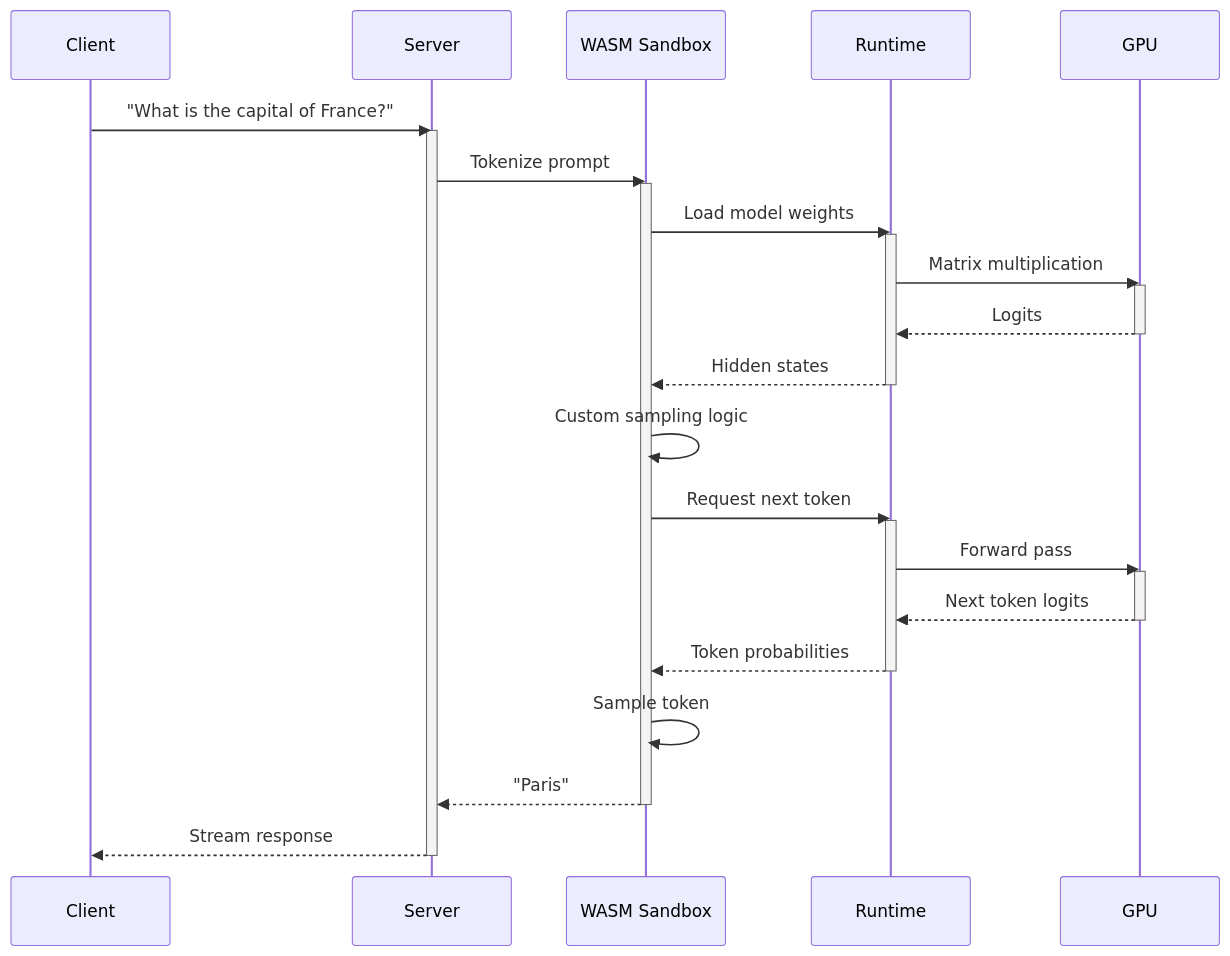
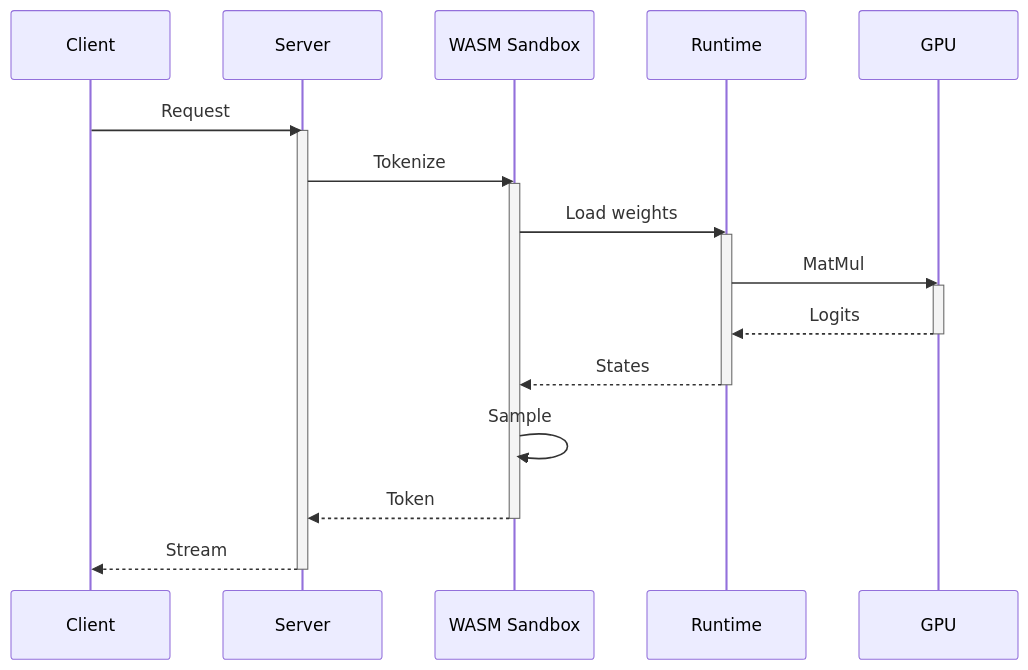
One commit to Querent-ai/realm changed the fourth of 5 diagrams in README.md. Above: the diagram before and after it, drawn with Mermaid. The commit also changed other lines of this file, not shown here.

````diff
--- a/README.md
+++ b/README.md
@@ -342,35 +314,26 @@
 ```mermaid
 sequenceDiagram
     participant Client
     participant Server
     participant WASM as WASM Sandbox
     participant Runtime
     participant GPU
     
-    Client->>Server: "What is the capital of France?"
+    Client->>Server: Request
     activate Server
-    Server->>WASM: Tokenize prompt
+    Server->>WASM: Tokenize
     activate WASM
-    WASM->>Runtime: Load model weights
+    WASM->>Runtime: Load weights
     activate Runtime
-    Runtime->>GPU: Matrix multiplication
+    Runtime->>GPU: MatMul
     activate GPU
     GPU-->>Runtime: Logits
     deactivate GPU
-    Runtime-->>WASM: Hidden states
+    Runtime-->>WASM: States
     deactivate Runtime
-    WASM->>WASM: Custom sampling logic
-    WASM->>Runtime: Request next token
-    activate Runtime
-    Runtime->>GPU: Forward pass
-    activate GPU
-    GPU-->>Runtime: Next token logits
-    deactivate GPU
-    Runtime-->>WASM: Token probabilities
-    deactivate Runtime
-    WASM->>WASM: Sample token
-    WASM-->>Server: "Paris"
+    WASM->>WASM: Sample
+    WASM-->>Server: Token
     deactivate WASM
-    Server-->>Client: Stream response
+    Server-->>Client: Stream
     deactivate Server
 ```
````
